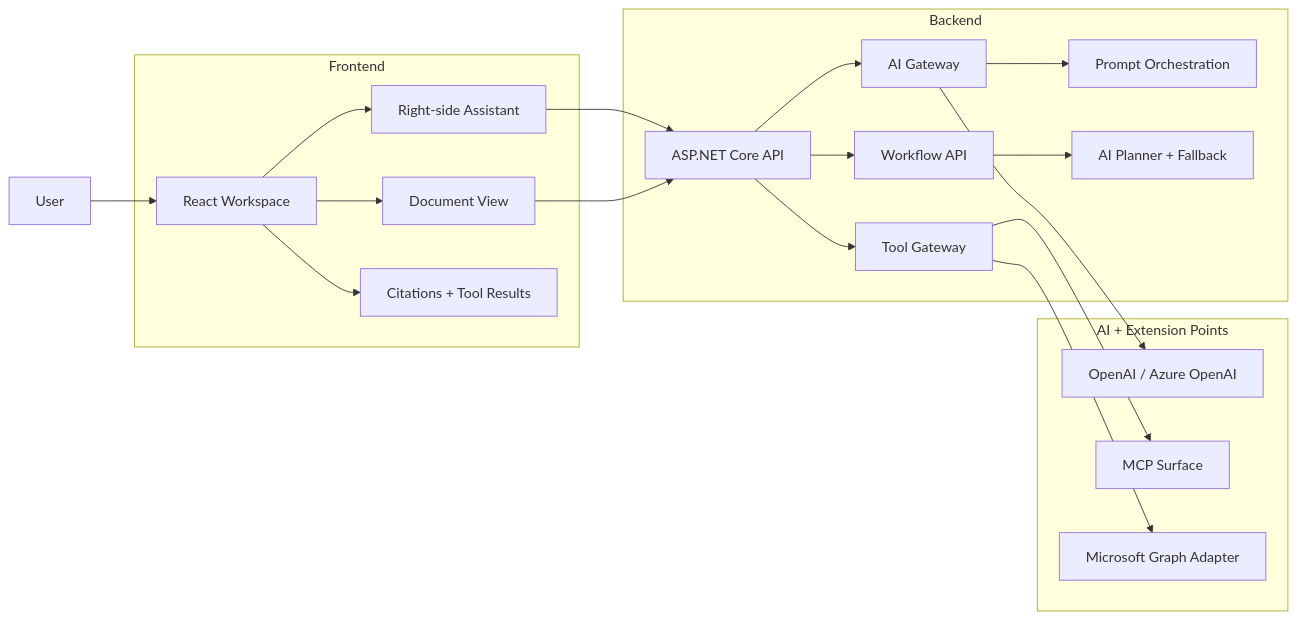
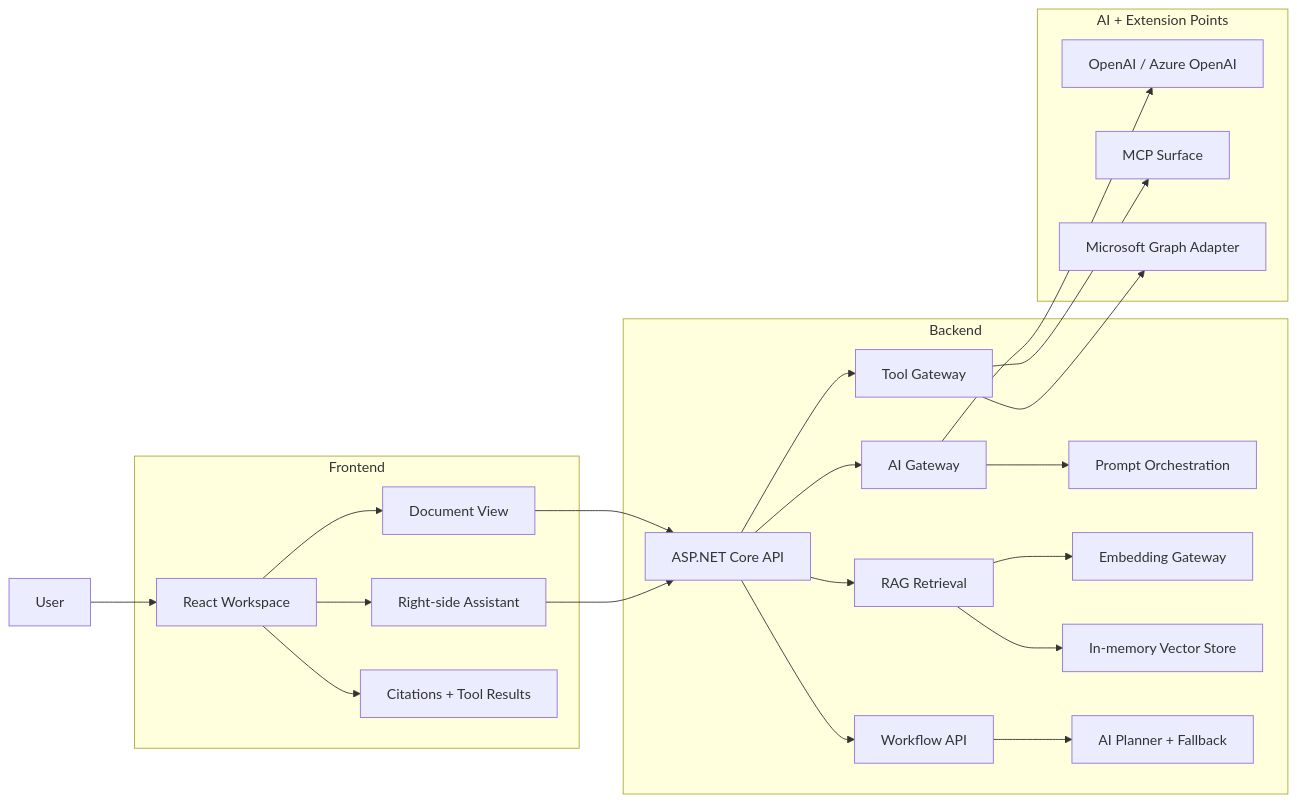
The first of 2 diagrams in README.md (haoyucheng369-gif/enterprise-ai-document-assistant), drawn with Mermaid before and after one commit. The commit also changed other lines of this file and 36 other files, not shown here.

Commit message:
Add baseline RAG retrieval and refine orchestration

````diff
--- a/README.md
+++ b/README.md
@@ -11,27 +11,30 @@
 ```mermaid
 flowchart LR
     user[User] --> ui[React Workspace]
 
     subgraph frontend[Frontend]
         ui --> docs[Document View]
         ui --> assistant[Right-side Assistant]
         ui --> panels[Citations + Tool Results]
     end
 
     assistant --> api[ASP.NET Core API]
     docs --> api
 
     subgraph backend[Backend]
         api --> gateway[AI Gateway]
         api --> tools[Tool Gateway]
         api --> workflows[Workflow API]
         gateway --> prompts[Prompt Orchestration]
+        api --> rag[RAG Retrieval]
+        rag --> embeddings[Embedding Gateway]
+        rag --> vectors[In-memory Vector Store]
         workflows --> planner[AI Planner + Fallback]
     end
 
     subgraph ai[AI + Extension Points]
         gateway --> models[OpenAI / Azure OpenAI]
         tools --> mcp[MCP Surface]
         tools --> msgraph[Microsoft Graph Adapter]
     end
 ```
````
